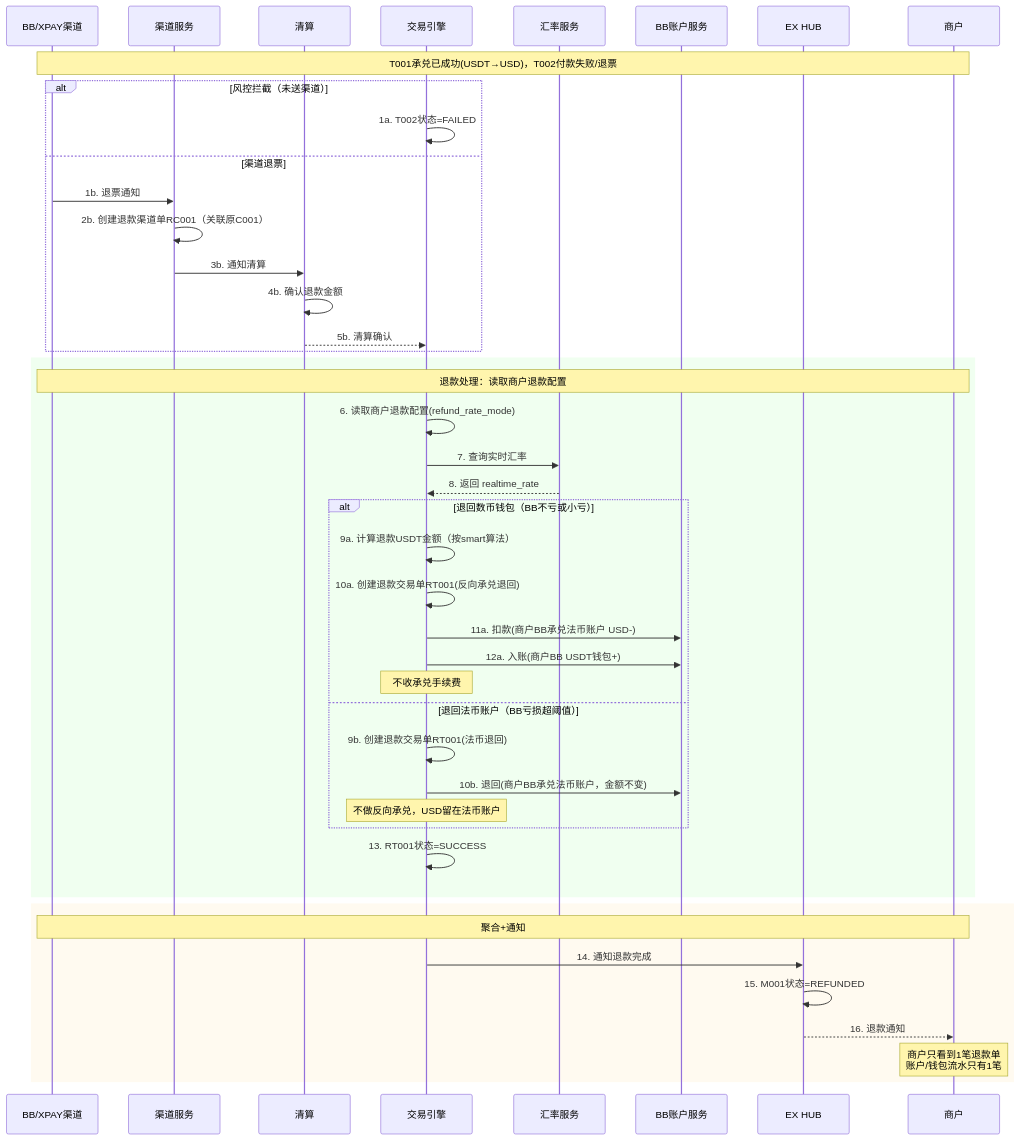
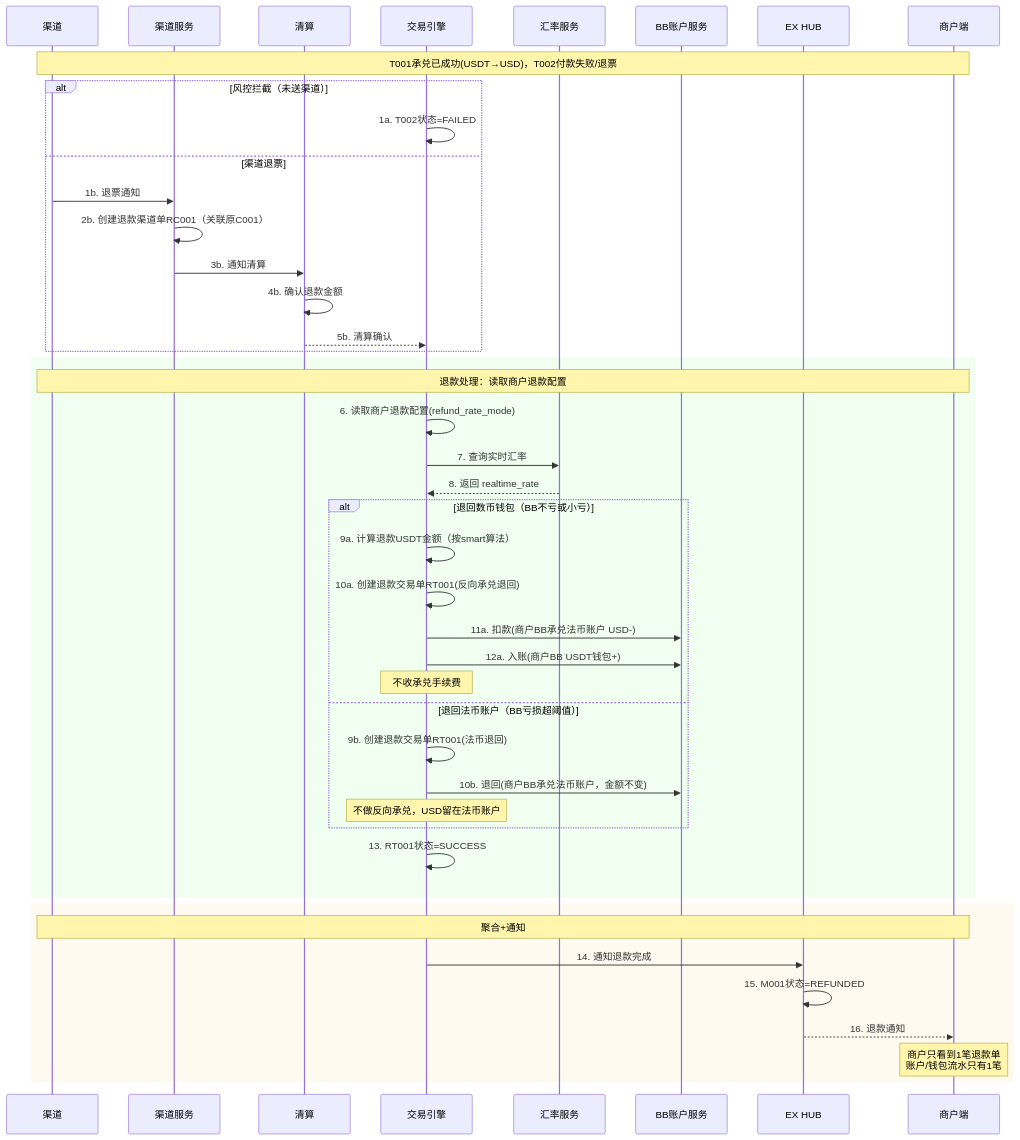
One commit to xiaoxiaoangie/EX-NEW changed the sixth of 13 diagrams in onofframp/prd/offramp-v1.md. Above: the diagram before and after it, drawn with Mermaid. The commit also changed other lines of this file and 29 other files, not shown here.

````diff
--- a/onofframp/prd/offramp-v1.md
+++ b/onofframp/prd/offramp-v1.md
@@ -587,51 +596,51 @@
 ```mermaid
 sequenceDiagram
-    participant Channel as BB/XPAY渠道
+    participant Channel as 渠道
     participant CO as 渠道服务
     participant Settlement as 清算
     participant TE as 交易引擎
     participant FX as 汇率服务
     participant Account as BB账户服务
     participant HUB as EX HUB
-    participant MP as 商户
+    participant MP as 商户端
 
     Note over Channel,MP: T001承兑已成功(USDT→USD)，T002付款失败/退票
 
     alt 风控拦截（未送渠道）
         TE->>TE: 1a. T002状态=FAILED
     else 渠道退票
         Channel->>CO: 1b. 退票通知
         CO->>CO: 2b. 创建退款渠道单RC001（关联原C001）
         CO->>Settlement: 3b. 通知清算
         Settlement->>Settlement: 4b. 确认退款金额
         Settlement-->>TE: 5b. 清算确认
     end
 
     rect rgb(240, 255, 240)
         Note over Channel,MP: 退款处理：读取商户退款配置
         TE->>TE: 6. 读取商户退款配置(refund_rate_mode)
         TE->>FX: 7. 查询实时汇率
         FX-->>TE: 8. 返回 realtime_rate
 
         alt 退回数币钱包（BB不亏或小亏）
             TE->>TE: 9a. 计算退款USDT金额（按smart算法）
             TE->>TE: 10a. 创建退款交易单RT001(反向承兑退回)
             TE->>Account: 11a. 扣款(商户BB承兑法币账户 USD-)
             TE->>Account: 12a. 入账(商户BB USDT钱包+)
             Note over TE: 不收承兑手续费
         else 退回法币账户（BB亏损超阈值）
             TE->>TE: 9b. 创建退款交易单RT001(法币退回)
             TE->>Account: 10b. 退回(商户BB承兑法币账户，金额不变)
             Note over TE: 不做反向承兑，USD留在法币账户
         end
         TE->>TE: 13. RT001状态=SUCCESS
     end
 
     rect rgb(255, 250, 240)
         Note over Channel,MP: 聚合+通知
         TE->>HUB: 14. 通知退款完成
         HUB->>HUB: 15. M001状态=REFUNDED
         HUB-->>MP: 16. 退款通知
         Note over MP: 商户只看到1笔退款单<br/>账户/钱包流水只有1笔
     end
 ```
````
